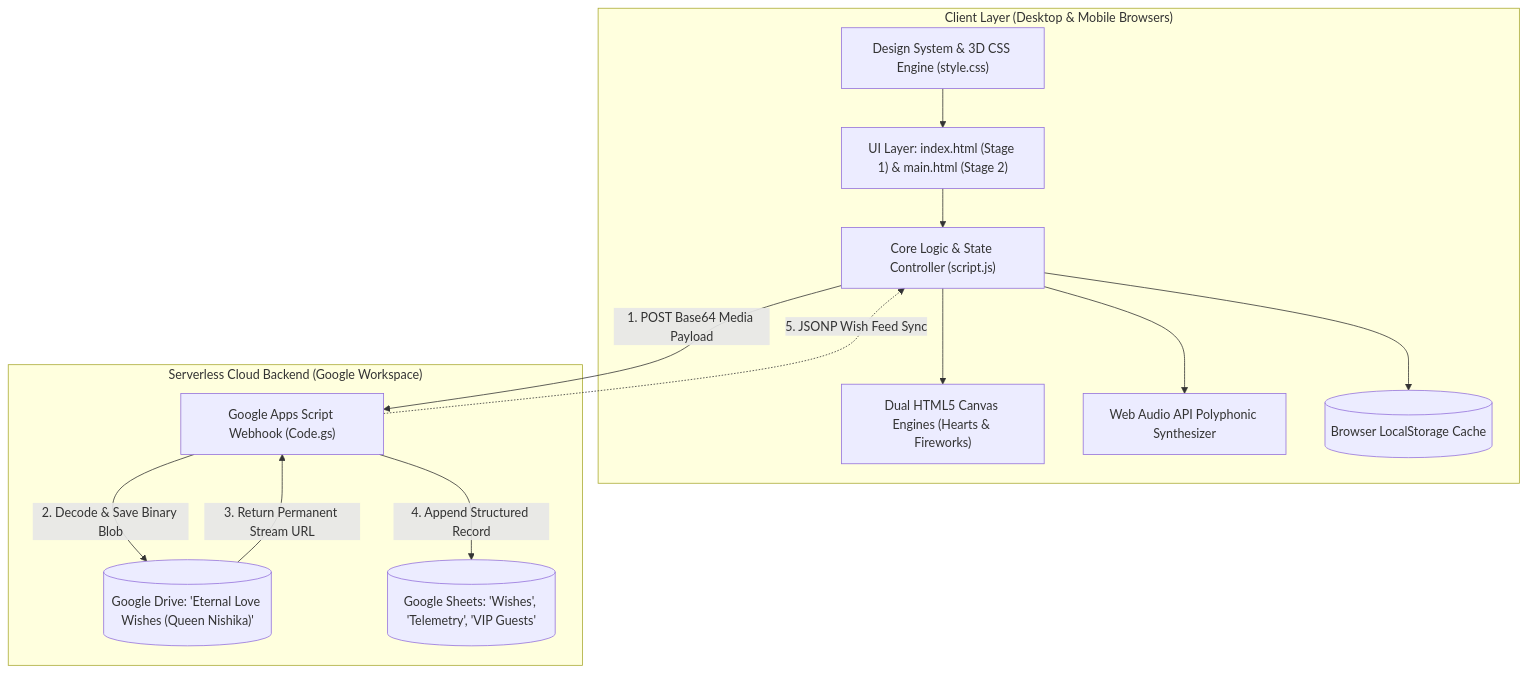
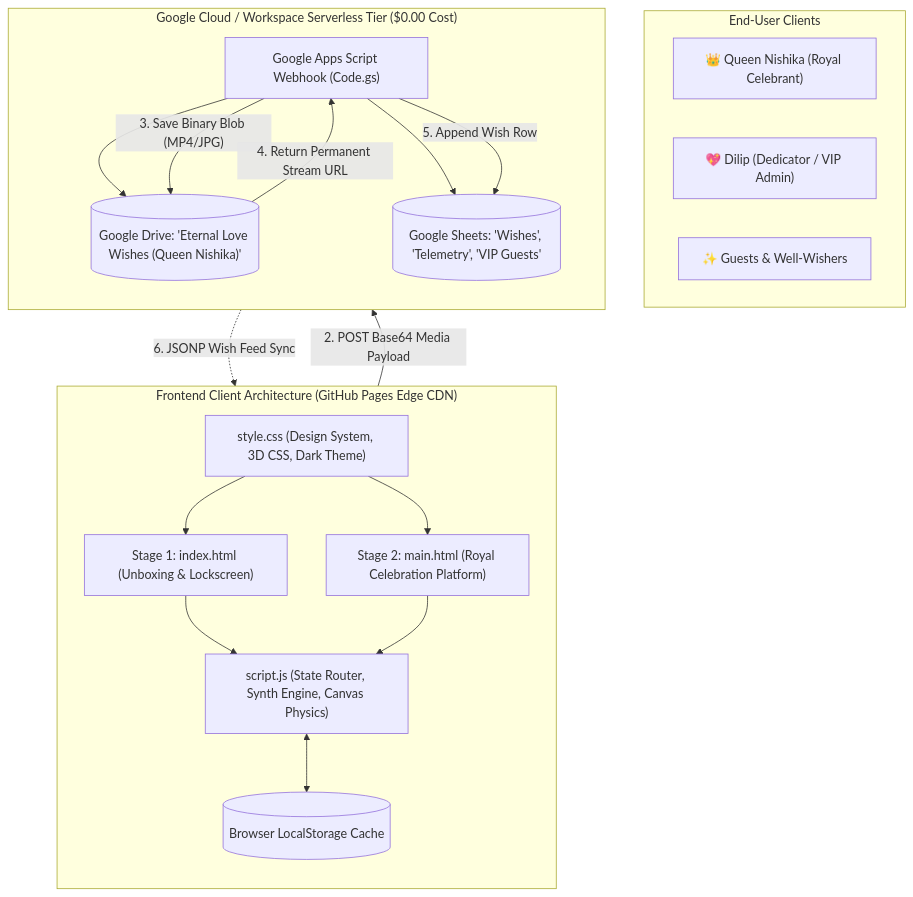
The first of 3 diagrams in README.md (dilipk2026/happy-birthday), drawn with Mermaid before and after one commit. The commit also changed other lines of this file, not shown here.

````diff
--- a/README.md
+++ b/README.md
@@ -103,29 +167,40 @@
 ```mermaid
-flowchart TD
-    subgraph ClientLayer["Client Layer (Desktop & Mobile Browsers)"]
-        UI["UI Layer: index.html (Stage 1) & main.html (Stage 2)"]
-        STYLE["Design System & 3D CSS Engine (style.css)"]
-        CORE["Core Logic & State Controller (script.js)"]
-        CANVAS["Dual HTML5 Canvas Engines (Hearts & Fireworks)"]
-        AUDIO["Web Audio API Polyphonic Synthesizer"]
-        STORAGE[("Browser LocalStorage Cache")]
-        
-        UI --> CORE
-        STYLE --> UI
-        CORE --> CANVAS
-        CORE --> AUDIO
-        CORE --> STORAGE
+flowchart TB
+    subgraph Users["End-User Clients"]
+        NISHIKA["👑 Queen Nishika (Royal Celebrant)"]
+        DILIP["💖 Dilip (Dedicator / VIP Admin)"]
+        GUESTS["✨ Guests & Well-Wishers"]
     end
 
-    subgraph CloudLayer["Serverless Cloud Backend (Google Workspace)"]
-        WEBHOOK["Google Apps Script Webhook (Code.gs)"]
+    subgraph Frontend["Frontend Client Architecture (GitHub Pages Edge CDN)"]
+        direction TB
+        INDEX["Stage 1: index.html (Unboxing & Lockscreen)"]
+        MAIN["Stage 2: main.html (Royal Celebration Platform)"]
+        CSS["style.css (Design System, 3D CSS, Dark Theme)"]
+        JS["script.js (State Router, Synth Engine, Canvas Physics)"]
+        LS[("Browser LocalStorage Cache")]
+        
+        INDEX --> JS
+        MAIN --> JS
+        CSS --> INDEX
+        CSS --> MAIN
+        JS <--> LS
+    end
+
+    subgraph Backend["Google Cloud / Workspace Serverless Tier ($0.00 Cost)"]
+        direction TB
+        GAS["Google Apps Script Webhook (Code.gs)"]
         GDRIVE[("Google Drive: 'Eternal Love Wishes (Queen Nishika)'")]
         GSHEETS[("Google Sheets: 'Wishes', 'Telemetry', 'VIP Guests'")]
-        
-        CORE -- "1. POST Base64 Media Payload" --> WEBHOOK
-        WEBHOOK -- "2. Decode & Save Binary Blob" --> GDRIVE
-        GDRIVE -- "3. Return Permanent Stream URL" --> WEBHOOK
-        WEBHOOK -- "4. Append Structured Record" --> GSHEETS
-        WEBHOOK -. "5. JSONP Wish Feed Sync" .-> CORE
+
+        GAS --> GDRIVE
+        GAS --> GSHEETS
     end
+
+
+    JS -- "2. POST Base64 Media Payload" --> GAS
+    GAS -- "3. Save Binary Blob (MP4/JPG)" --> GDRIVE
+    GDRIVE -- "4. Return Permanent Stream URL" --> GAS
+    GAS -- "5. Append Wish Row" --> GSHEETS
+    GAS -. "6. JSONP Wish Feed Sync" .-> JS
 ```
````
